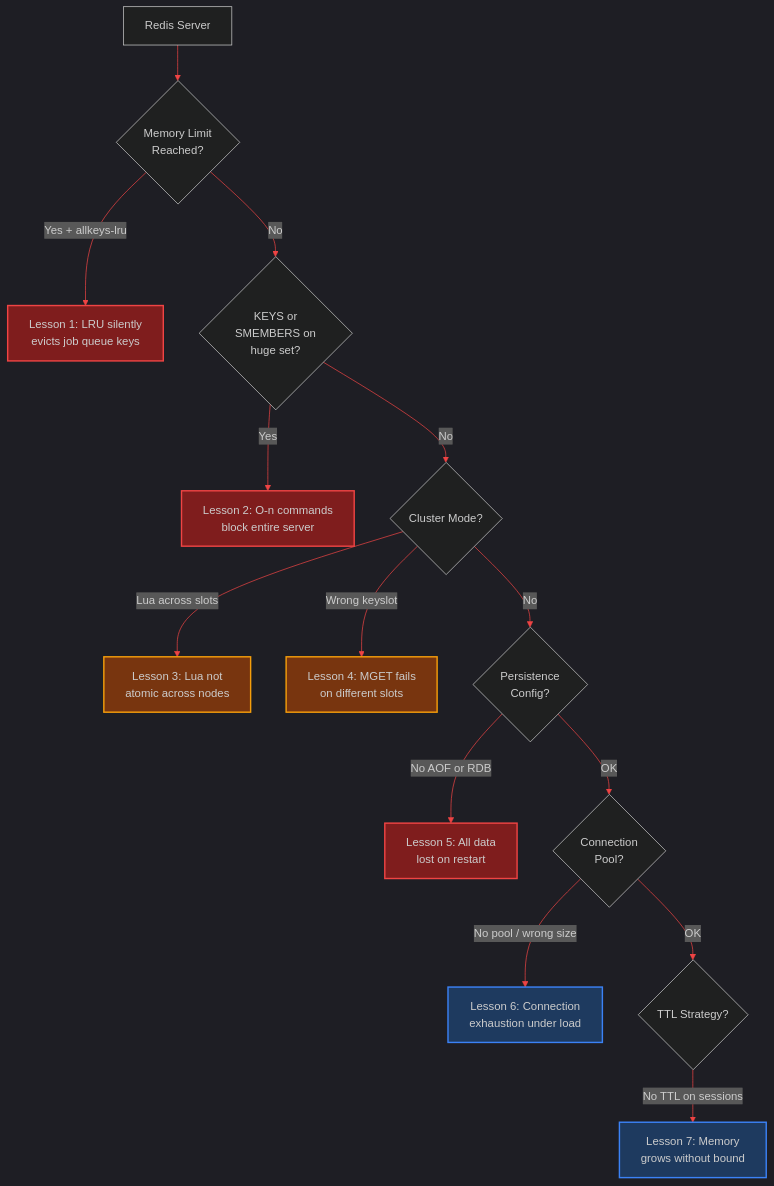
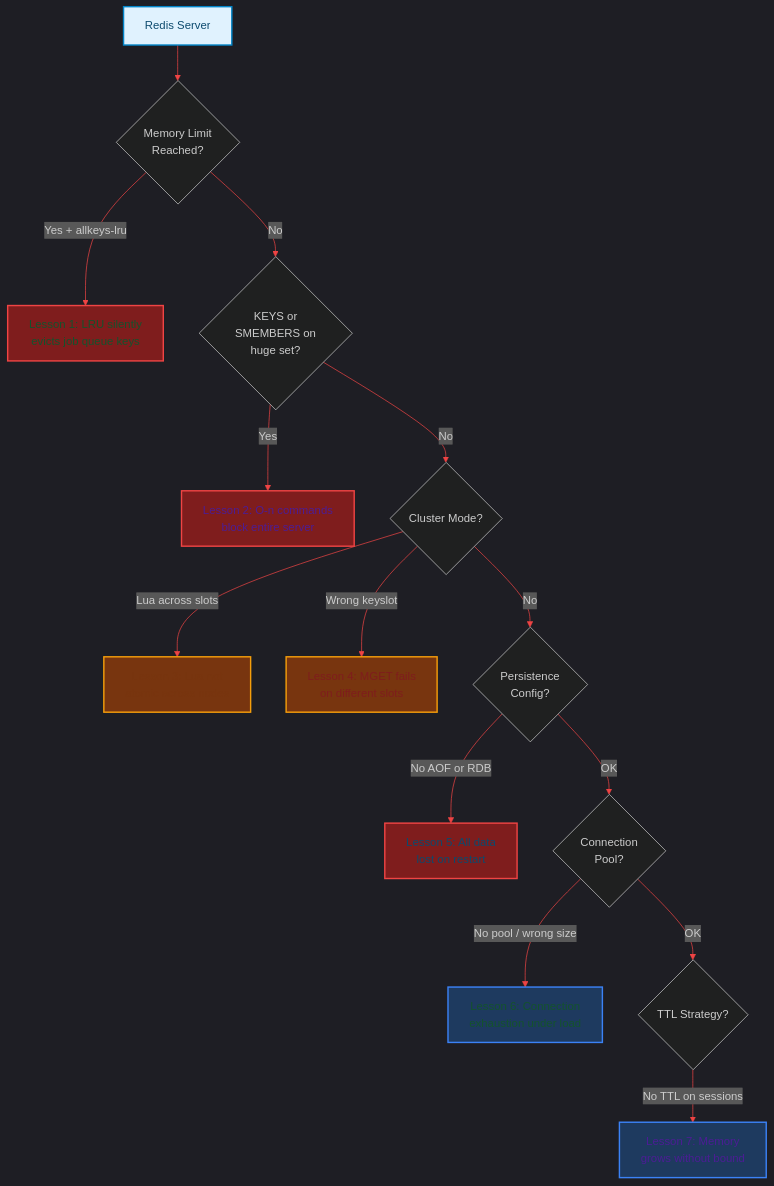
One commit to akmalkhaniub/akmalkhaniub.github.io changed the diagram in blog/posts/redis-production-hard-lessons.md. Above: the diagram before and after it, drawn with Mermaid. The commit also changed 1291 other files, not shown here.

First line of the commit message:
feat(catalog): unique covers, scholarly references, and diagram palettes

````diff
--- a/blog/posts/redis-production-hard-lessons.md
+++ b/blog/posts/redis-production-hard-lessons.md
@@ -17,25 +17,36 @@
 ```mermaid
 %%{init: {'theme': 'dark', 'themeVariables': { 'primaryColor': '#ef4444', 'primaryTextColor': '#f3f4f6', 'primaryBorderColor': '#f87171', 'lineColor': '#ef4444', 'secondaryColor': '#111827', 'tertiaryColor': '#0f172a'}}}%%
 flowchart TD
-    R[Redis Server] --> L1{Memory Limit<br/>Reached?}
-    L1 -->|Yes + allkeys-lru| E1[ Lesson 1: LRU silently<br/>evicts job queue keys]
+    R["Redis Server"] --> L1{Memory Limit<br/>Reached?}
+    L1 -->|Yes + allkeys-lru| E1[" Lesson 1: LRU silently<br/>evicts job queue keys"]
     L1 -->|No| L2{KEYS or<br/>SMEMBERS on<br/>huge set?}
-    L2 -->|Yes| E2[ Lesson 2: O-n commands<br/>block entire server]
+    L2 -->|Yes| E2[" Lesson 2: O-n commands<br/>block entire server"]
     L2 -->|No| L3{Cluster Mode?}
-    L3 -->|Lua across slots| E3[ Lesson 3: Lua not<br/>atomic across nodes]
-    L3 -->|Wrong keyslot| E4[ Lesson 4: MGET fails<br/>on different slots]
+    L3 -->|Lua across slots| E3[" Lesson 3: Lua not<br/>atomic across nodes"]
+    L3 -->|Wrong keyslot| E4[" Lesson 4: MGET fails<br/>on different slots"]
     L3 -->|No| L4{Persistence<br/>Config?}
-    L4 -->|No AOF or RDB| E5[ Lesson 5: All data<br/>lost on restart]
+    L4 -->|No AOF or RDB| E5[" Lesson 5: All data<br/>lost on restart"]
     L4 -->|OK| L5{Connection<br/>Pool?}
-    L5 -->|No pool / wrong size| E6[ Lesson 6: Connection<br/>exhaustion under load]
+    L5 -->|No pool / wrong size| E6[" Lesson 6: Connection<br/>exhaustion under load"]
     L5 -->|OK| L6{TTL Strategy?}
-    L6 -->|No TTL on sessions| E7[ Lesson 7: Memory<br/>grows without bound]
+    L6 -->|No TTL on sessions| E7[" Lesson 7: Memory<br/>grows without bound"]
 
     style E1 fill:#7f1d1d,stroke:#ef4444,stroke-width:2px
     style E2 fill:#7f1d1d,stroke:#ef4444,stroke-width:2px
     style E3 fill:#78350f,stroke:#f59e0b,stroke-width:2px
     style E4 fill:#78350f,stroke:#f59e0b,stroke-width:2px
     style E5 fill:#7f1d1d,stroke:#ef4444,stroke-width:2px
     style E6 fill:#1e3a5f,stroke:#3b82f6,stroke-width:2px
     style E7 fill:#1e3a5f,stroke:#3b82f6,stroke-width:2px
+
+classDef green fill:#dcfce7,stroke:#16a34a,stroke-width:2px,color:#14532d;
+classDef red fill:#fee2e2,stroke:#dc2626,stroke-width:2px,color:#7f1d1d;
+classDef blue fill:#e0f2fe,stroke:#0284c7,stroke-width:2px,color:#0c4a6e;
+classDef yellow fill:#fef3c7,stroke:#d97706,stroke-width:2px,color:#78350f;
+classDef purple fill:#ede9fe,stroke:#7c3aed,stroke-width:2px,color:#4c1d95;
+class R,E5 blue
+class E1,E6 green
+class E2,E7 purple
+class E3 yellow
+class E4 red
 ```
````
